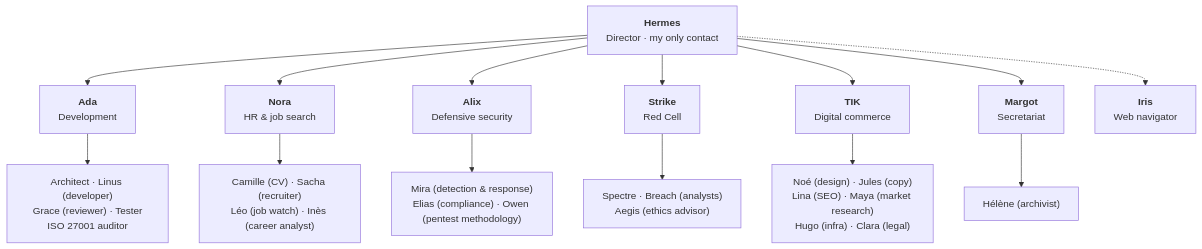
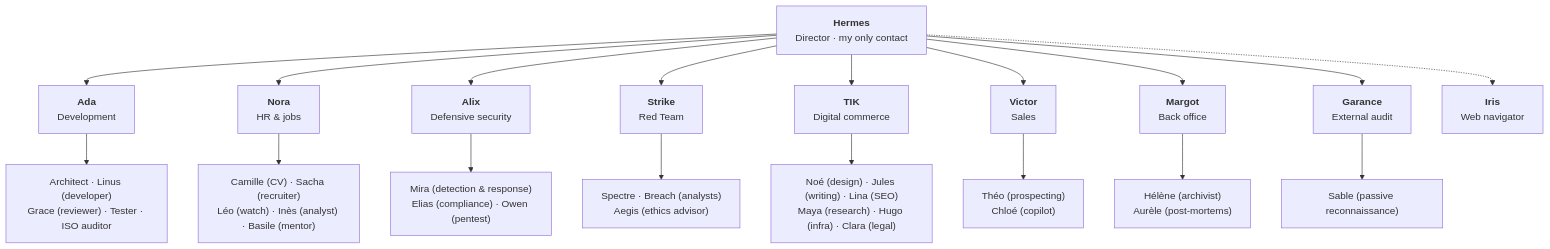
Before and after one commit to Dow08/OS-Agentique_showcase: the third of 3 diagrams in README.md, drawn with Mermaid. The commit also changed other lines of this file and 18 other files, not shown here.

````diff
--- a/README.md
+++ b/README.md
@@ -71,17 +131,21 @@
 ```mermaid
 flowchart TD
     H["<b>Hermes</b><br/>Director · my only contact"]
     H --> DEV["<b>Ada</b><br/>Development"]
-    H --> RH["<b>Nora</b><br/>HR & job search"]
+    H --> RH["<b>Nora</b><br/>HR & jobs"]
     H --> SEC["<b>Alix</b><br/>Defensive security"]
-    H --> RED["<b>Strike</b><br/>Red Cell"]
+    H --> RED["<b>Strike</b><br/>Red Team"]
     H --> TIK["<b>TIK</b><br/>Digital commerce"]
-    H --> SEC2["<b>Margot</b><br/>Secretariat"]
+    H --> COM["<b>Victor</b><br/>Sales"]
+    H --> SG["<b>Margot</b><br/>Back office"]
+    H --> AUD["<b>Garance</b><br/>External audit"]
     H -.-> IRIS["<b>Iris</b><br/>Web navigator"]
-    DEV --> DEV1["Architect · Linus (developer)<br/>Grace (reviewer) · Tester<br/>ISO 27001 auditor"]
-    RH --> RH1["Camille (CV) · Sacha (recruiter)<br/>Léo (job watch) · Inès (career analyst)"]
-    SEC --> SEC1["Mira (detection & response)<br/>Elias (compliance) · Owen (pentest methodology)"]
+    DEV --> DEV1["Architect · Linus (developer)<br/>Grace (reviewer) · Tester · ISO auditor"]
+    RH --> RH1["Camille (CV) · Sacha (recruiter)<br/>Léo (watch) · Inès (analyst) · Basile (mentor)"]
+    SEC --> SEC1["Mira (detection & response)<br/>Elias (compliance) · Owen (pentest)"]
     RED --> RED1["Spectre · Breach (analysts)<br/>Aegis (ethics advisor)"]
-    TIK --> TIK1["Noé (design) · Jules (copy)<br/>Lina (SEO) · Maya (market research)<br/>Hugo (infra) · Clara (legal)"]
-    SEC2 --> SEC21["Hélène (archivist)"]
+    TIK --> TIK1["Noé (design) · Jules (writing) · Lina (SEO)<br/>Maya (research) · Hugo (infra) · Clara (legal)"]
+    COM --> COM1["Théo (prospecting)<br/>Chloé (copilot)"]
+    SG --> SG1["Hélène (archivist)<br/>Aurèle (post-mortems)"]
+    AUD --> AUD1["Sable (passive reconnaissance)"]
 ```
````
